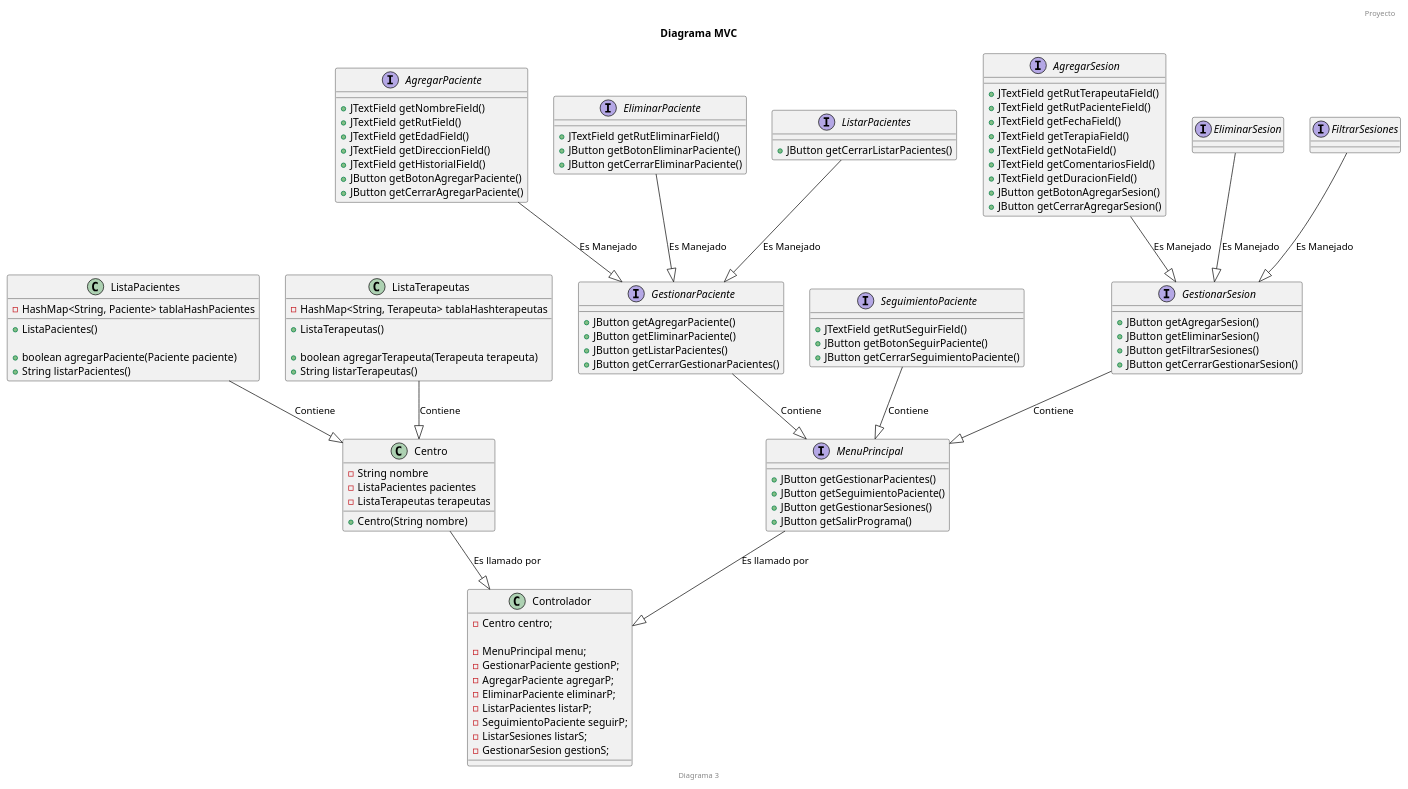
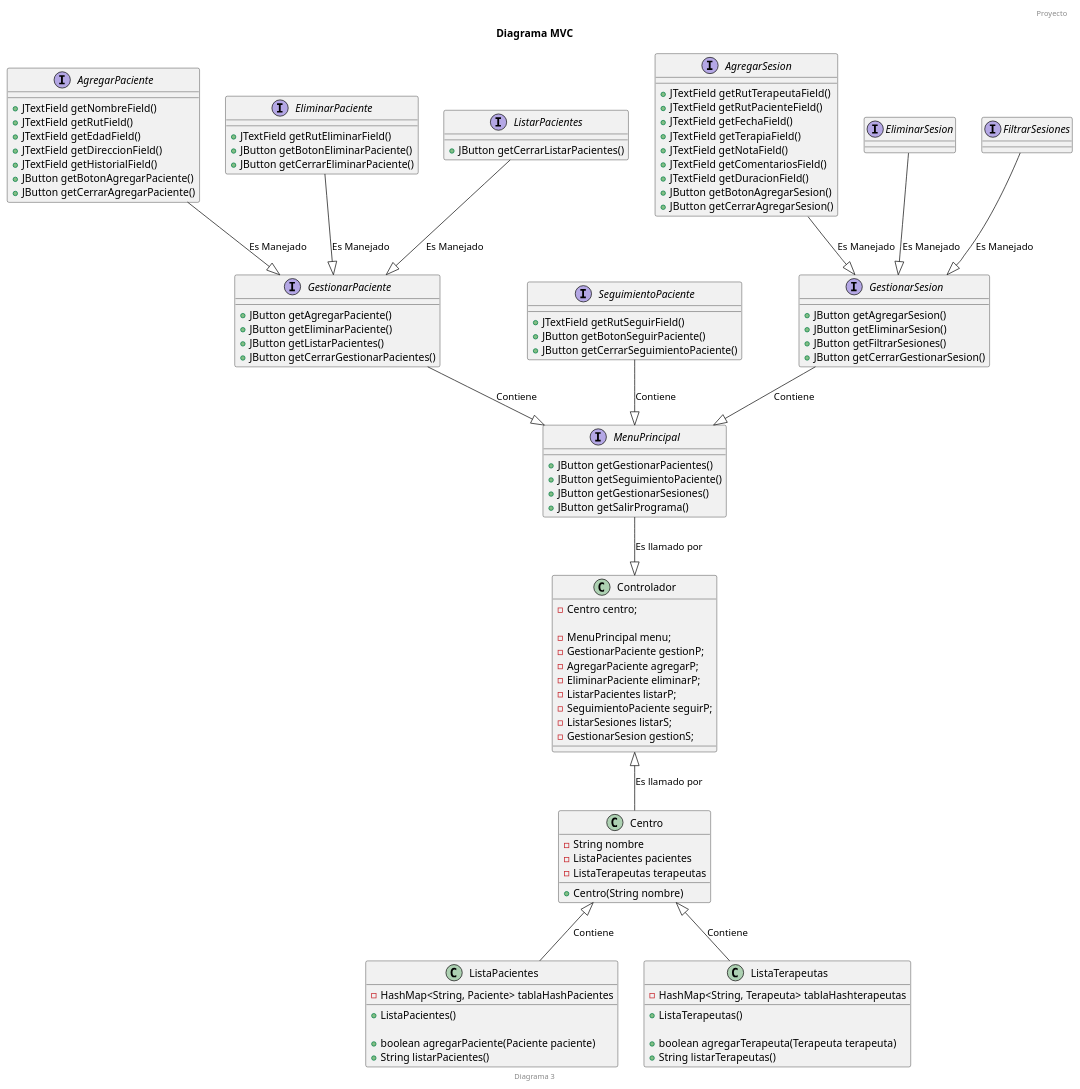
One commit to Ian-Misael/Proyecto-SIA changed the diagram in src/main/java/Diagramas/Diagrama de MVC.puml. Above: the diagram before and after it, drawn with PlantUML. The commit also changed 8 other files, not shown here.

Commit message:
Tema Mac y ajuste diagrama MVC

```diff
--- a/src/main/java/Diagramas/Diagrama de MVC.puml
+++ b/src/main/java/Diagramas/Diagrama de MVC.puml
@@ -1,130 +1,130 @@
 @startuml Programa
 
 title Diagrama MVC
 header Proyecto
 footer Diagrama 3
 
 
 class Controlador {
     - Centro centro;
 
     - MenuPrincipal menu;
     - GestionarPaciente gestionP;
     - AgregarPaciente agregarP;
     - EliminarPaciente eliminarP;
     - ListarPacientes listarP;
     - SeguimientoPaciente seguirP;
     - ListarSesiones listarS;
     - GestionarSesion gestionS;
 }
 
 class Centro {
     - String nombre
     - ListaPacientes pacientes
     - ListaTerapeutas terapeutas
 
     + Centro(String nombre)
     
 }
 
 class ListaPacientes {
     - HashMap<String, Paciente> tablaHashPacientes
 
     + ListaPacientes()
 
     + boolean agregarPaciente(Paciente paciente)
     + String listarPacientes()
 }
 
 class ListaTerapeutas {
     - HashMap<String, Terapeuta> tablaHashterapeutas
 
     + ListaTerapeutas()
 
     + boolean agregarTerapeuta(Terapeuta terapeuta)
     + String listarTerapeutas()
 }
 
 interface MenuPrincipal {
     + JButton getGestionarPacientes()
     + JButton getSeguimientoPaciente()
     + JButton getGestionarSesiones()
     + JButton getSalirPrograma()
 }
 
 interface GestionarPaciente {
     + JButton getAgregarPaciente()
     + JButton getEliminarPaciente()
     + JButton getListarPacientes()
     + JButton getCerrarGestionarPacientes()
 }
 
 interface AgregarPaciente {
     + JTextField getNombreField()
     + JTextField getRutField()
     + JTextField getEdadField()
     + JTextField getDireccionField()
     + JTextField getHistorialField()
     + JButton getBotonAgregarPaciente()
     + JButton getCerrarAgregarPaciente()
 }
 
 interface EliminarPaciente {
     + JTextField getRutEliminarField()
     + JButton getBotonEliminarPaciente()
     + JButton getCerrarEliminarPaciente()
 }
 
 interface ListarPacientes {
     + JButton getCerrarListarPacientes()
 }
 
 interface SeguimientoPaciente {
     + JTextField getRutSeguirField()
     + JButton getBotonSeguirPaciente()
     + JButton getCerrarSeguimientoPaciente()
 }
 
 interface GestionarSesion {
     + JButton getAgregarSesion()
     + JButton getEliminarSesion()
     + JButton getFiltrarSesiones()
     + JButton getCerrarGestionarSesion()
 }
 
 interface AgregarSesion {
     + JTextField getRutTerapeutaField()
     + JTextField getRutPacienteField()
     + JTextField getFechaField()
     + JTextField getTerapiaField()
     + JTextField getNotaField()
     + JTextField getComentariosField()
     + JTextField getDuracionField()
     + JButton getBotonAgregarSesion()
     + JButton getCerrarAgregarSesion()
 }
 
 interface EliminarSesion {
 
 }
 
 interface FiltrarSesiones {
 
 }
 
-Centro --|> Controlador : Es llamado por
-ListaPacientes --|> Centro : Contiene
-ListaTerapeutas --|> Centro : Contiene
+Centro -up-|> Controlador : Es llamado por
+ListaPacientes -up-|> Centro : Contiene
+ListaTerapeutas -up-|> Centro : Contiene
 
-MenuPrincipal --|> Controlador : Es llamado por
-GestionarPaciente --|> MenuPrincipal : Contiene
-AgregarPaciente --|> GestionarPaciente : Es Manejado
-EliminarPaciente --|> GestionarPaciente : Es Manejado
-ListarPacientes --|> GestionarPaciente : Es Manejado
-SeguimientoPaciente --|> MenuPrincipal : Contiene
-GestionarSesion --|> MenuPrincipal : Contiene
-AgregarSesion --|> GestionarSesion : Es Manejado
-EliminarSesion --|> GestionarSesion : Es Manejado
-FiltrarSesiones --|> GestionarSesion : Es Manejado
+MenuPrincipal -down-|> Controlador : Es llamado por
+GestionarPaciente -down-|> MenuPrincipal : Contiene
+AgregarPaciente -down-|> GestionarPaciente : Es Manejado
+EliminarPaciente -down-|> GestionarPaciente : Es Manejado
+ListarPacientes -down-|> GestionarPaciente : Es Manejado
+SeguimientoPaciente -down-|> MenuPrincipal : Contiene
+GestionarSesion -down-|> MenuPrincipal : Contiene
+AgregarSesion -down-|> GestionarSesion : Es Manejado
+EliminarSesion -down-|> GestionarSesion : Es Manejado
+FiltrarSesiones -down-|> GestionarSesion : Es Manejado
 
 @enduml
```
